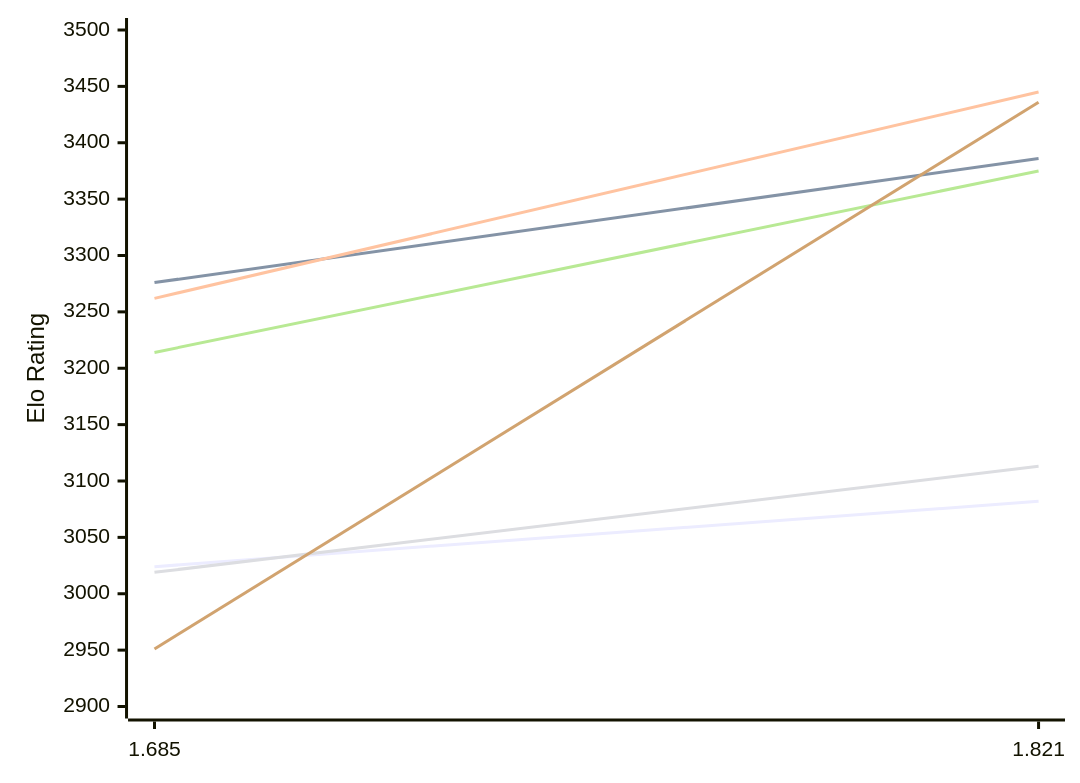
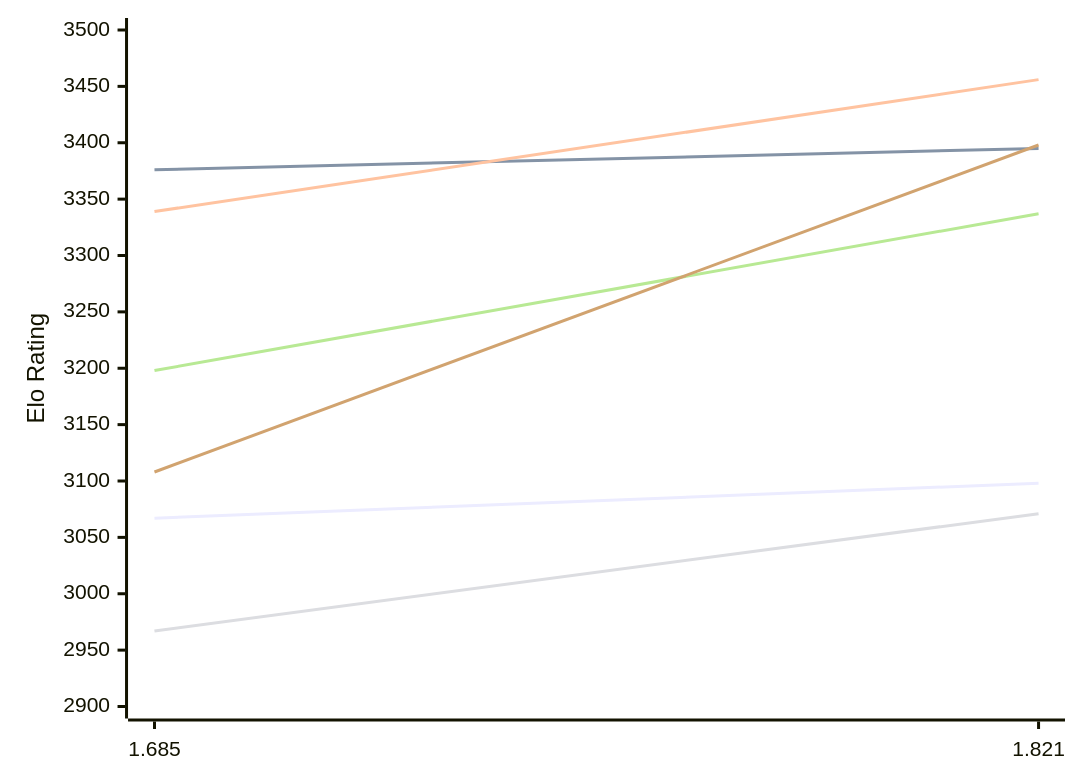
Before and after one commit to computer-chess-index/cci: the first of 2 diagrams in engines/Malika.md, drawn with Mermaid. The commit also changed other lines of this file, not shown here.

Commit message:
Update CCI Ratings (ELO VLTC) - 2026-11-14

````diff
--- a/engines/Malika.md
+++ b/engines/Malika.md
@@ -54,12 +54,12 @@
 ```mermaid
 %%{init: {"theme":"base","themeVariables":{"seriesColors:['#a3a3a3','#222221','#faa371']}}}%%
 xychart-beta
   x-axis ["1.685", "1.821"]
   y-axis "Elo Rating" 2900 --> 3500
-  line "E1: STC (8.0+0.08s)" [3024, 3082]
-  line "E1: LTC (60.0+0.60s)" [3276, 3386]
-  line "E1: VLTC (2m24s+1.12s)" [3262, 3445]
-  line "P1: STC (8.0+0.08s)" [3019, 3113]
-  line "P1: LTC (60.0+0.60s)" [3214, 3375]
-  line "P1: VLTC (2m24s+1.12s)" [2951, 3436]
+  line "E1: STC (8.0+0.08s)" [3067, 3098]
+  line "E1: LTC (60.0+0.60s)" [3376, 3395]
+  line "E1: VLTC (2m24s+1.12s)" [3339, 3456]
+  line "P1: STC (8.0+0.08s)" [2967, 3071]
+  line "P1: LTC (60.0+0.60s)" [3198, 3337]
+  line "P1: VLTC (2m24s+1.12s)" [3108, 3398]
 ```
````
